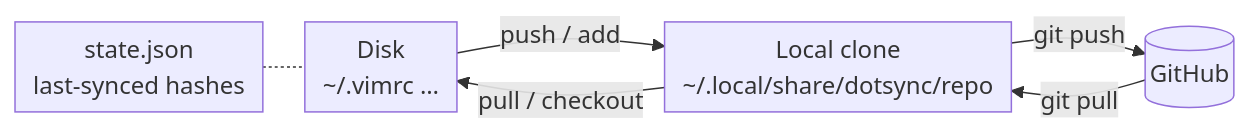
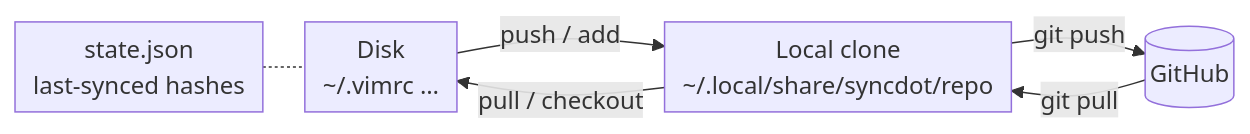
Before and after one commit to denomolo/dotsync: the second of 4 diagrams in README.md, drawn with Mermaid. The commit also changed other lines of this file and 25 other files, not shown here.

First line of the commit message:
Rename dotsync to syncdot; relicense under MIT

````diff
--- a/README.md
+++ b/README.md
@@ -526,13 +538,13 @@
 ```mermaid
 %%{init: {"flowchart": {"nodeSpacing": 18, "rankSpacing": 28, "padding": 6, "diagramPadding": 4}}}%%
 flowchart LR
     state["state.json<br/>last-synced hashes"]
     disk["Disk<br/>~/.vimrc …"]
-    clone["Local clone<br/>~/.local/share/dotsync/repo"]
+    clone["Local clone<br/>~/.local/share/syncdot/repo"]
     gh[("GitHub")]
     state -.- disk
     disk -- "push / add" --> clone
     clone -- "pull / checkout" --> disk
     clone -- "git push" --> gh
     gh -- "git pull" --> clone
 ```
````
